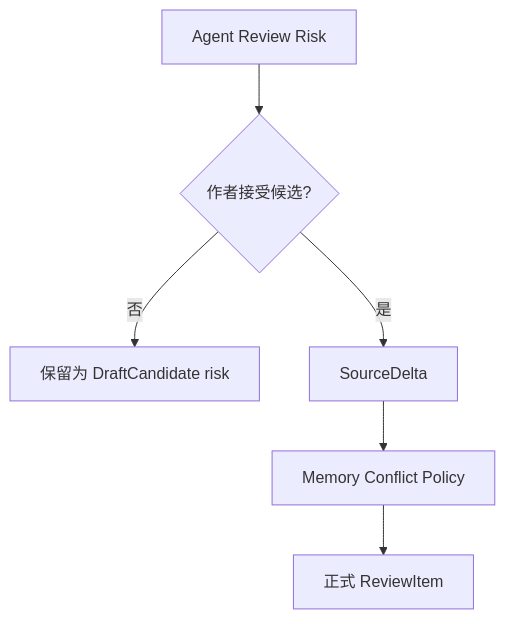
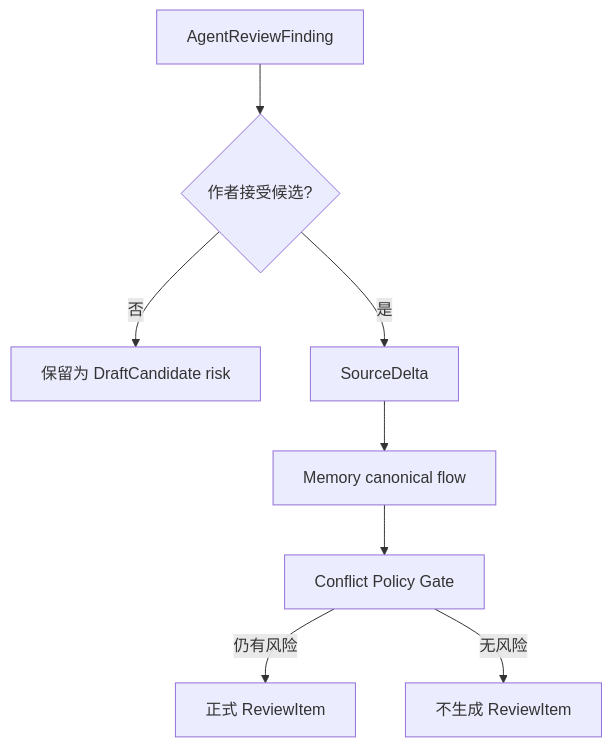
The second of 2 diagrams in goals/26-agent-review-policy.md (FrankQDWang/sextantlabs), drawn with Mermaid before and after one commit. The commit also changed other lines of this file, not shown here.

Commit message:
Clarify agent review findings before memory review items

````diff
--- a/goals/26-agent-review-policy.md
+++ b/goals/26-agent-review-policy.md
@@ -88,8 +133,10 @@
 ```mermaid
 flowchart TD
-    A[Agent Review Risk] --> B{作者接受候选?}
+    A[AgentReviewFinding] --> B{作者接受候选?}
     B -->|否| C[保留为 DraftCandidate risk]
     B -->|是| D[SourceDelta]
-    D --> E[Memory Conflict Policy]
-    E --> F[正式 ReviewItem]
+    D --> E[Memory canonical flow]
+    E --> F[Conflict Policy Gate]
+    F -->|仍有风险| G[正式 ReviewItem]
+    F -->|无风险| H[不生成 ReviewItem]
 ```
````
